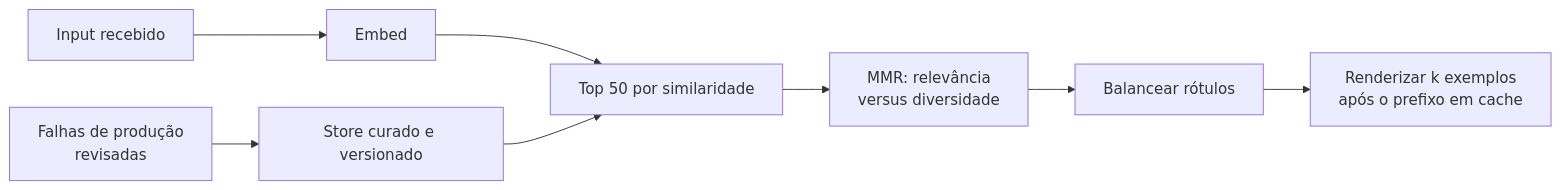
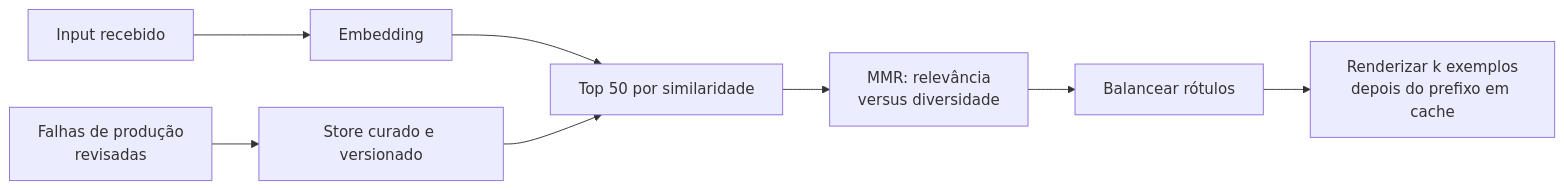
Diagram 13 of 26 in 03-prompt-engineering-and-context/questions.pt-BR.md (andrevberaldo/AI-Engineer-Interview-Questions), drawn with Mermaid before and after one commit. The commit also changed other lines of this file and 1 other file, not shown here.

````diff
--- a/03-prompt-engineering-and-context/questions.pt-BR.md
+++ b/03-prompt-engineering-and-context/questions.pt-BR.md
@@ -764,10 +764,10 @@
 ```mermaid
 flowchart LR
-    A["Input recebido"] --> B["Embed"]
+    A["Input recebido"] --> B["Embedding"]
     B --> C["Top 50 por similaridade"]
     C --> D["MMR: relevância<br/>versus diversidade"]
     D --> E["Balancear rótulos"]
-    E --> F["Renderizar k exemplos<br/>após o prefixo em cache"]
+    E --> F["Renderizar k exemplos<br/>depois do prefixo em cache"]
     G["Falhas de produção<br/>revisadas"] --> H["Store curado e versionado"]
     H --> C
 ```
````
